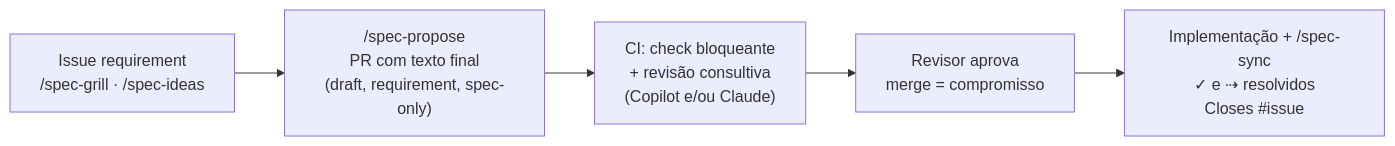
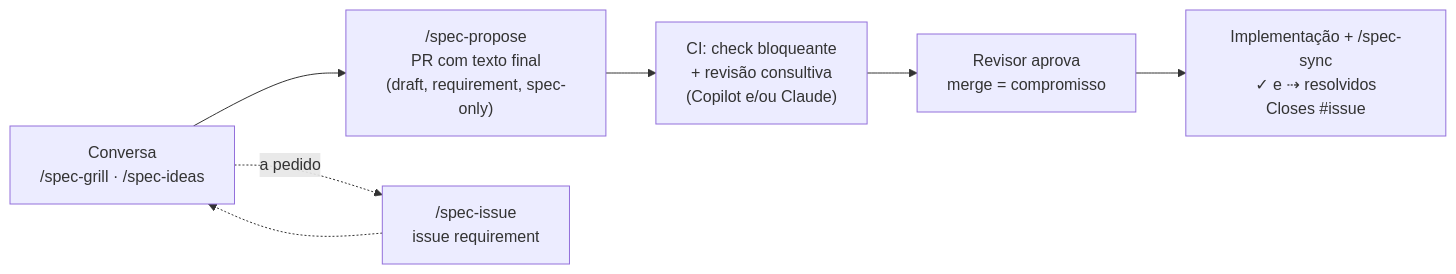
The diagram in README.md (useful-toys/Tabularium), drawn with Mermaid before and after one commit. The commit also changed other lines of this file and 12 other files, not shown here.

First line of the commit message:
feat: spec-grill e spec-ideas trabalham só na conversa; nova skill spec-issue (#3)

````diff
--- a/README.md
+++ b/README.md
@@ -11,7 +11,9 @@
 ```mermaid
 flowchart LR
-  I["Issue requirement<br/>/spec-grill · /spec-ideas"] --> P["/spec-propose<br/>PR com texto final<br/>(draft, requirement, spec-only)"]
+  G["Conversa<br/>/spec-grill · /spec-ideas"] --> P["/spec-propose<br/>PR com texto final<br/>(draft, requirement, spec-only)"]
+  G -.->|a pedido| I["/spec-issue<br/>issue requirement"]
+  I -.-> G
   P --> R["CI: check bloqueante<br/>+ revisão consultiva<br/>(Copilot e/ou Claude)"]
   R --> A["Revisor aprova<br/>merge = compromisso"]
   A --> C["Implementação + /spec-sync<br/>✓ e ⇢ resolvidos<br/>Closes #issue"]
 ```
````
